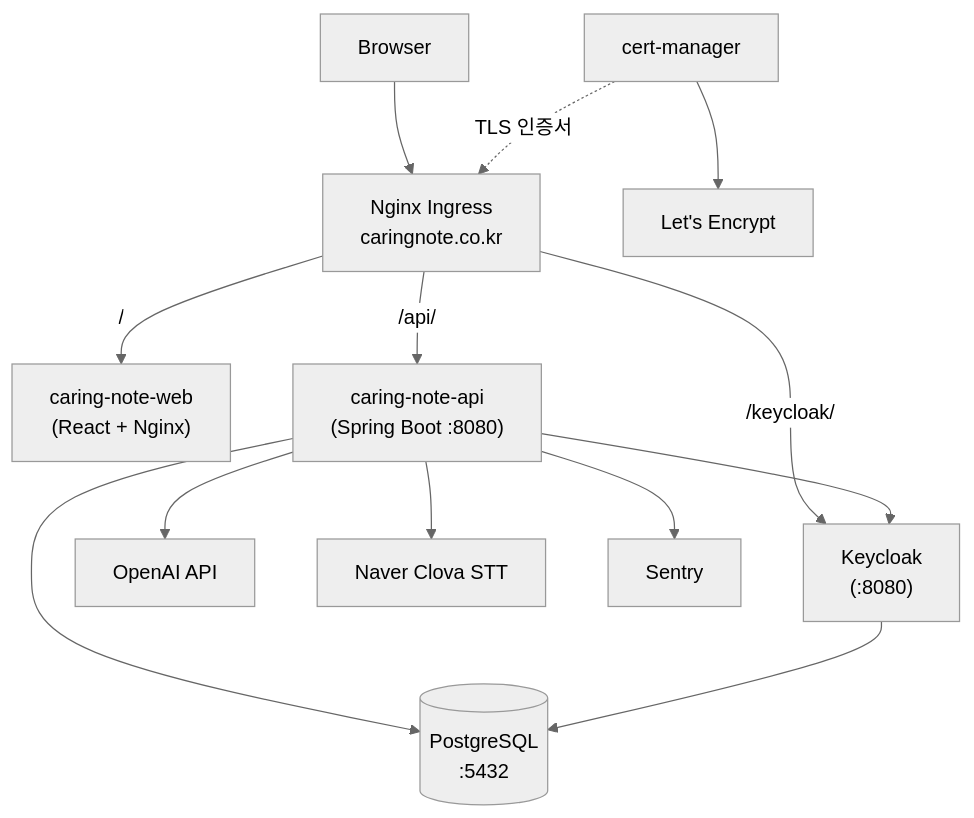
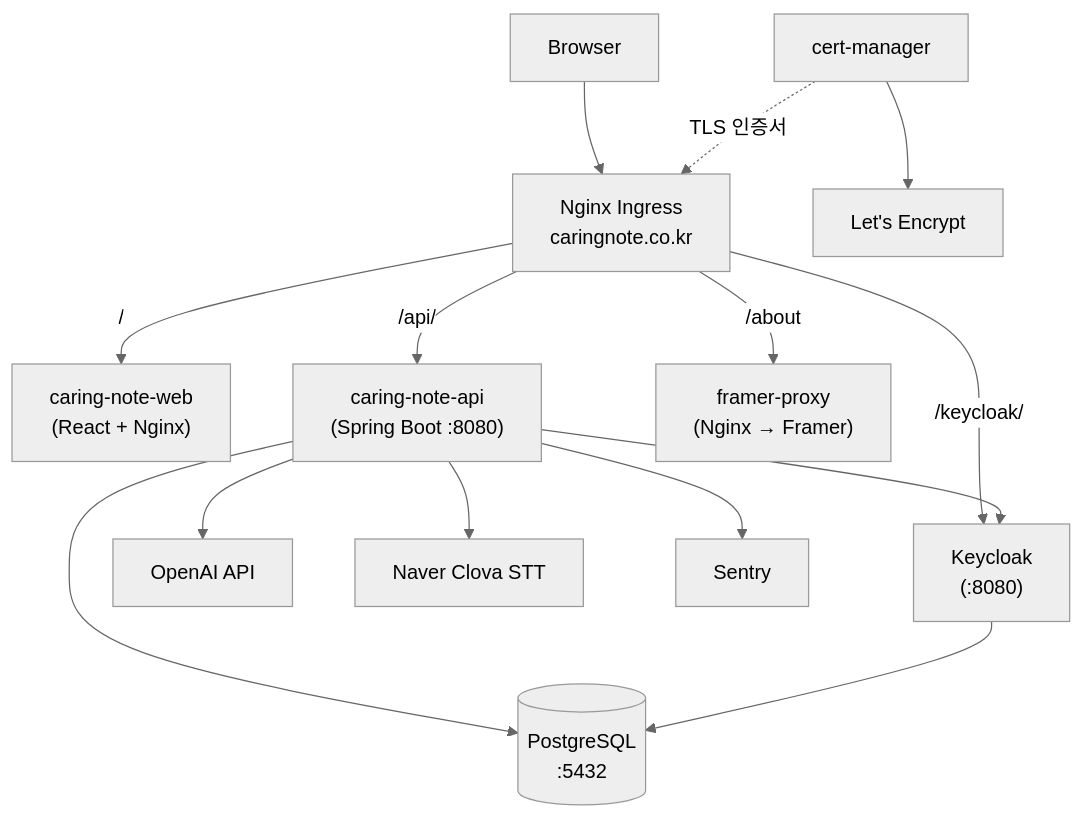
Before and after one commit to tech-for-impact/caring-note-deployment: the first of 3 diagrams in README.md, drawn with Mermaid (neutral theme). The commit also changed other lines of this file, not shown here.

Commit message:
docs: Reamde framer proxy 내용 추가

````diff
--- a/README.md
+++ b/README.md
@@ -18,18 +18,19 @@
 ```mermaid
 graph TB
     Client["Browser"] --> Ingress["Nginx Ingress<br/>caringnote.co.kr"]
 
     Ingress -->|"/"| Web["caring-note-web<br/>(React + Nginx)"]
     Ingress -->|"/api/"| API["caring-note-api<br/>(Spring Boot :8080)"]
+    Ingress -->|"/about"| Framer["framer-proxy<br/>(Nginx → Framer)"]
     Ingress -->|"/keycloak/"| KC["Keycloak<br/>(:8080)"]
 
     API --> DB[("PostgreSQL<br/>:5432")]
     KC --> DB
     API --> KC
     API --> OpenAI["OpenAI API"]
     API --> Clova["Naver Clova STT"]
     API --> Sentry["Sentry"]
 
     CertMgr["cert-manager"] --> LE["Let's Encrypt"]
     CertMgr -.->|"TLS 인증서"| Ingress
 ```
````
